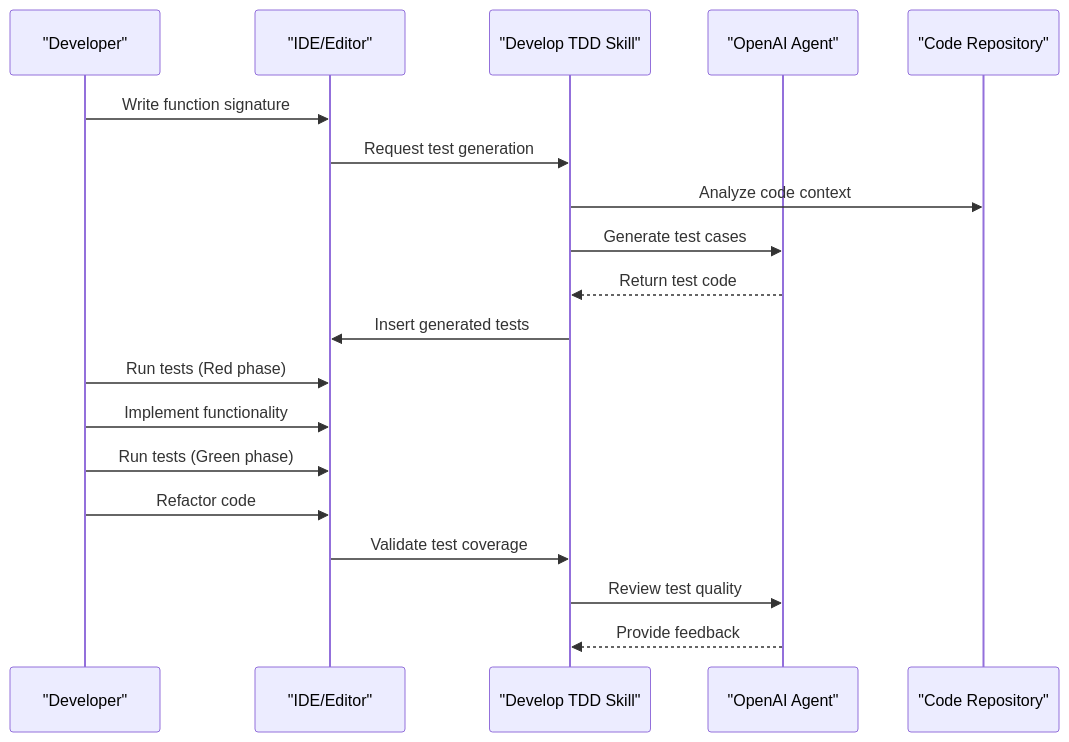
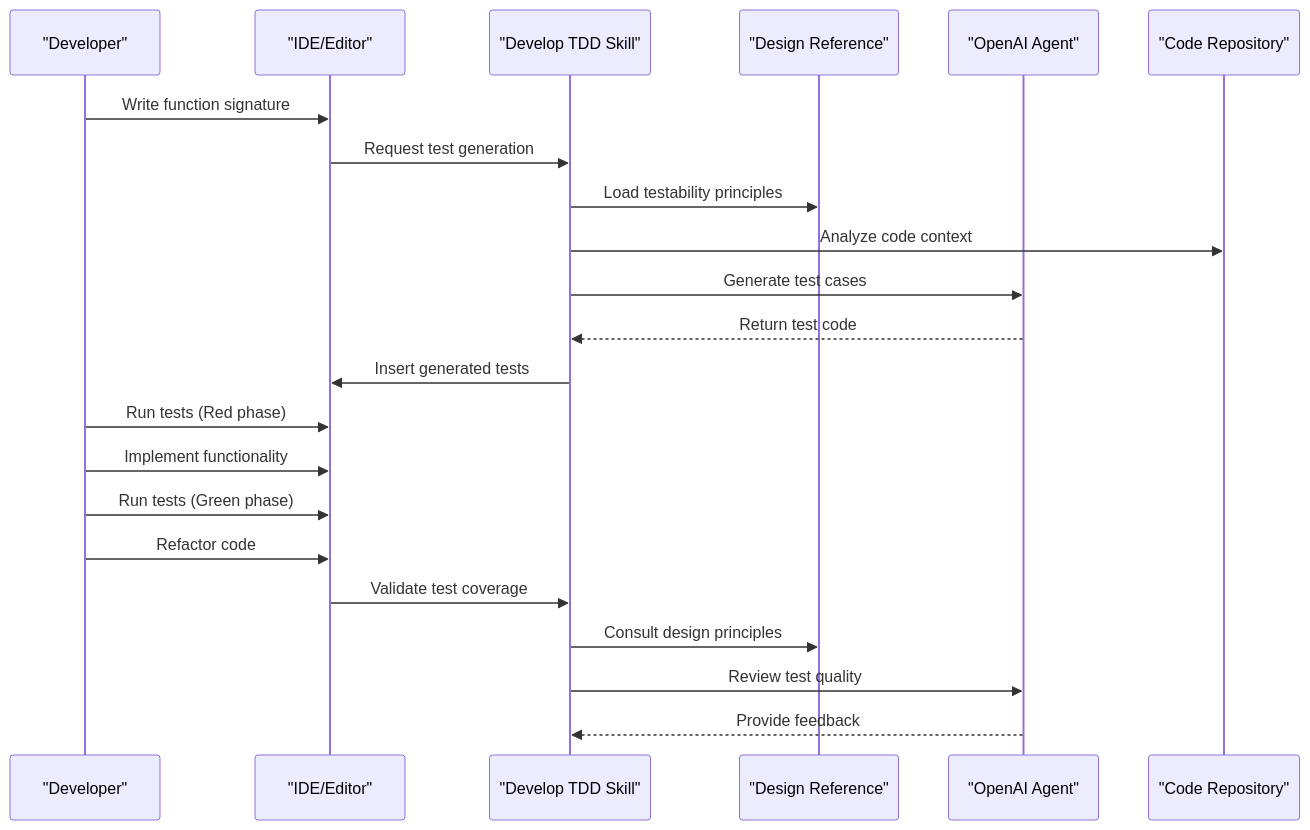
The second of 5 diagrams in .qoder/repowiki/en/content/Skills Reference/Testing & Verification Skills/Develop TDD Skill.md (Sherlock-Shi/pi-codex-kit), drawn with Mermaid before and after one commit. The commit also changed other lines of this file and 47 other files, not shown here.

````diff
--- a/.qoder/repowiki/en/content/Skills Reference/Testing & Verification Skills/Develop TDD Skill.md
+++ b/.qoder/repowiki/en/content/Skills Reference/Testing & Verification Skills/Develop TDD Skill.md
@@ -89,21 +108,24 @@
 ```mermaid
 sequenceDiagram
 participant Dev as "Developer"
 participant IDE as "IDE/Editor"
 participant Skill as "Develop TDD Skill"
+participant Reference as "Design Reference"
 participant Agent as "OpenAI Agent"
 participant Repo as "Code Repository"
 Dev->>IDE : Write function signature
 IDE->>Skill : Request test generation
+Skill->>Reference : Load testability principles
 Skill->>Repo : Analyze code context
 Skill->>Agent : Generate test cases
 Agent-->>Skill : Return test code
 Skill->>IDE : Insert generated tests
 Dev->>IDE : Run tests (Red phase)
 Dev->>IDE : Implement functionality
 Dev->>IDE : Run tests (Green phase)
 Dev->>IDE : Refactor code
 IDE->>Skill : Validate test coverage
+Skill->>Reference : Consult design principles
 Skill->>Agent : Review test quality
 Agent-->>Skill : Provide feedback
 ```
````
